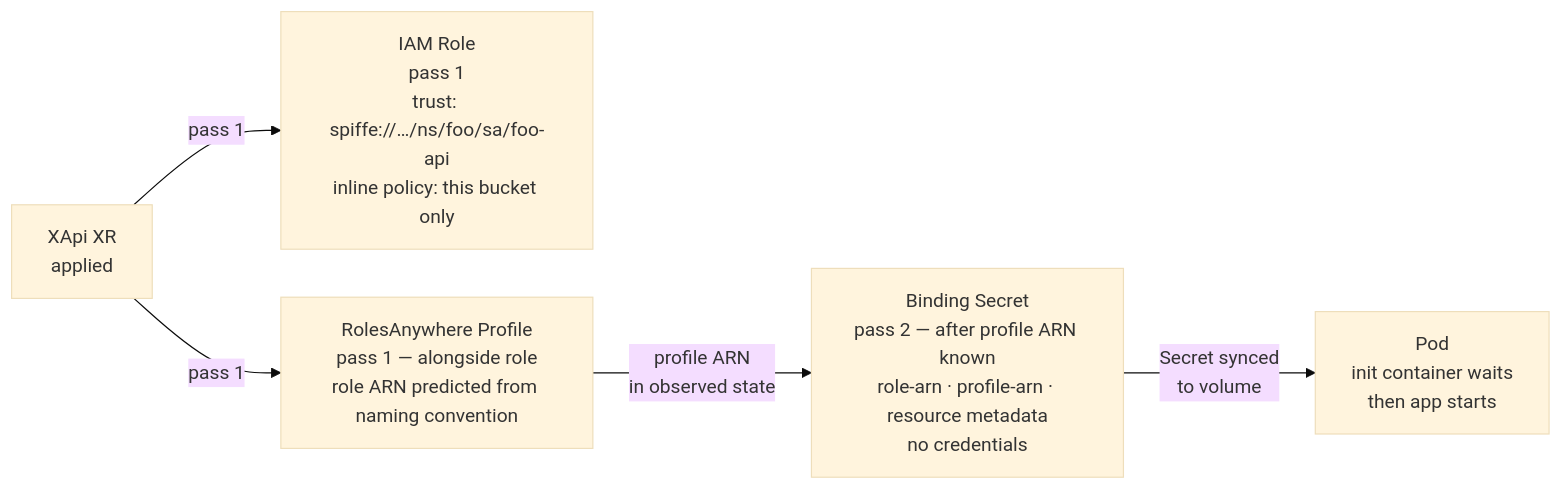
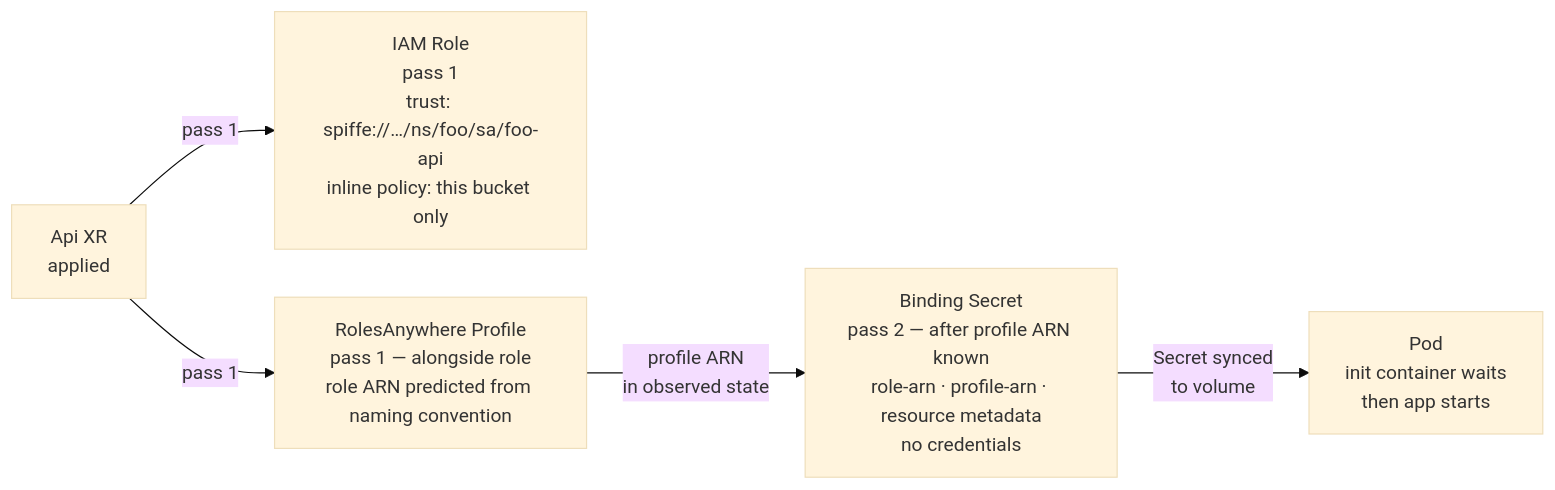
Before and after one commit to cujarrett/homelab: the first of 2 diagrams in docs/workload-identity.md, drawn with Mermaid (base theme). The commit also changed other lines of this file and 73 other files, not shown here.

````diff
--- a/docs/workload-identity.md
+++ b/docs/workload-identity.md
@@ -44,14 +44,14 @@
 ```mermaid
 %%{init: {'flowchart': {'nodeSpacing': 40, 'rankSpacing': 60}}}%%
 flowchart LR
-    xr["XApi XR\napplied"]
+    xr["Api XR\napplied"]
     role["IAM Role\npass 1\ntrust: spiffe://…/ns/foo/sa/foo-api\ninline policy: this bucket only"]
     profile["RolesAnywhere Profile\npass 1 — alongside role\nrole ARN predicted from naming convention"]
     secret["Binding Secret\npass 2 — after profile ARN known\nrole-arn · profile-arn · resource metadata\nno credentials"]
     pod["Pod\ninit container waits\nthen app starts"]
 
     xr -->|"pass 1"| role
     xr -->|"pass 1"| profile
     profile -->|"profile ARN\nin observed state"| secret
     secret -->|"Secret synced\nto volume"| pod
 ```
````
